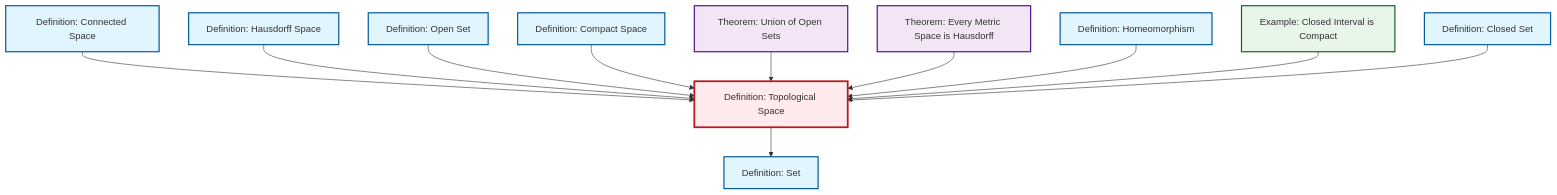
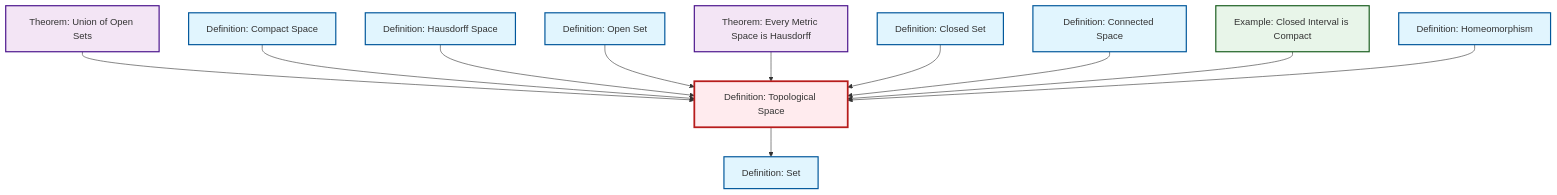
One commit to RK0429/ModernMath changed the diagram in content/ja/topology/def-topological-space.qmd. Above: the diagram before and after it, drawn with Mermaid. The commit also changed other lines of this file and 619 other files, not shown here.

````diff
--- a/content/ja/topology/def-topological-space.qmd
+++ b/content/ja/topology/def-topological-space.qmd
@@ -60,41 +60,41 @@
 ```{mermaid}
 %%| fig-cap: "Local dependency graph"
 graph TD
     classDef definition fill:#e1f5fe,stroke:#01579b,stroke-width:2px
     classDef theorem fill:#f3e5f5,stroke:#4a148c,stroke-width:2px
     classDef axiom fill:#fff3e0,stroke:#e65100,stroke-width:2px
     classDef example fill:#e8f5e9,stroke:#1b5e20,stroke-width:2px
     classDef current fill:#ffebee,stroke:#b71c1c,stroke-width:3px
+    ex-closed-interval-compact["Example: Closed Interval is Compact"]:::example
     def-compact["Definition: Compact Space"]:::definition
+    def-open-set["Definition: Open Set"]:::definition
+    def-set["Definition: Set"]:::definition
+    def-connected["Definition: Connected Space"]:::definition
+    def-topological-space["Definition: Topological Space"]:::definition
+    def-closed-set["Definition: Closed Set"]:::definition
     thm-union-open-sets["Theorem: Union of Open Sets"]:::theorem
-    def-closed-set["Definition: Closed Set"]:::definition
+    def-homeomorphism["Definition: Homeomorphism"]:::definition
+    def-hausdorff["Definition: Hausdorff Space"]:::definition
     thm-metric-hausdorff["Theorem: Every Metric Space is Hausdorff"]:::theorem
-    def-hausdorff["Definition: Hausdorff Space"]:::definition
-    def-set["Definition: Set"]:::definition
-    def-topological-space["Definition: Topological Space"]:::definition
-    def-homeomorphism["Definition: Homeomorphism"]:::definition
-    def-connected["Definition: Connected Space"]:::definition
-    def-open-set["Definition: Open Set"]:::definition
-    ex-closed-interval-compact["Example: Closed Interval is Compact"]:::example
-    def-connected --> def-topological-space
+    thm-union-open-sets --> def-topological-space
+    def-topological-space --> def-set
+    def-compact --> def-topological-space
     def-hausdorff --> def-topological-space
     def-open-set --> def-topological-space
-    def-compact --> def-topological-space
-    thm-union-open-sets --> def-topological-space
     thm-metric-hausdorff --> def-topological-space
-    def-topological-space --> def-set
+    def-closed-set --> def-topological-space
+    def-connected --> def-topological-space
+    ex-closed-interval-compact --> def-topological-space
     def-homeomorphism --> def-topological-space
-    ex-closed-interval-compact --> def-topological-space
-    def-closed-set --> def-topological-space
     class def-topological-space current
+    click ex-closed-interval-compact "ex-closed-interval-compact.html" "Example: Closed Interval is Compactへ"
     click def-compact "def-compact.html" "Definition: Compact Spaceへ"
+    click def-open-set "def-open-set.html" "Definition: Open Setへ"
+    click def-set "def-set.html" "Definition: Setへ"
+    click def-connected "def-connected.html" "Definition: Connected Spaceへ"
+    click def-closed-set "def-closed-set.html" "Definition: Closed Setへ"
     click thm-union-open-sets "thm-union-open-sets.html" "Theorem: Union of Open Setsへ"
-    click def-closed-set "def-closed-set.html" "Definition: Closed Setへ"
+    click def-homeomorphism "def-homeomorphism.html" "Definition: Homeomorphismへ"
+    click def-hausdorff "def-hausdorff.html" "Definition: Hausdorff Spaceへ"
     click thm-metric-hausdorff "thm-metric-hausdorff.html" "Theorem: Every Metric Space is Hausdorffへ"
-    click def-hausdorff "def-hausdorff.html" "Definition: Hausdorff Spaceへ"
-    click def-set "def-set.html" "Definition: Setへ"
-    click def-homeomorphism "def-homeomorphism.html" "Definition: Homeomorphismへ"
-    click def-connected "def-connected.html" "Definition: Connected Spaceへ"
-    click def-open-set "def-open-set.html" "Definition: Open Setへ"
-    click ex-closed-interval-compact "ex-closed-interval-compact.html" "Example: Closed Interval is Compactへ"
 ```
````
